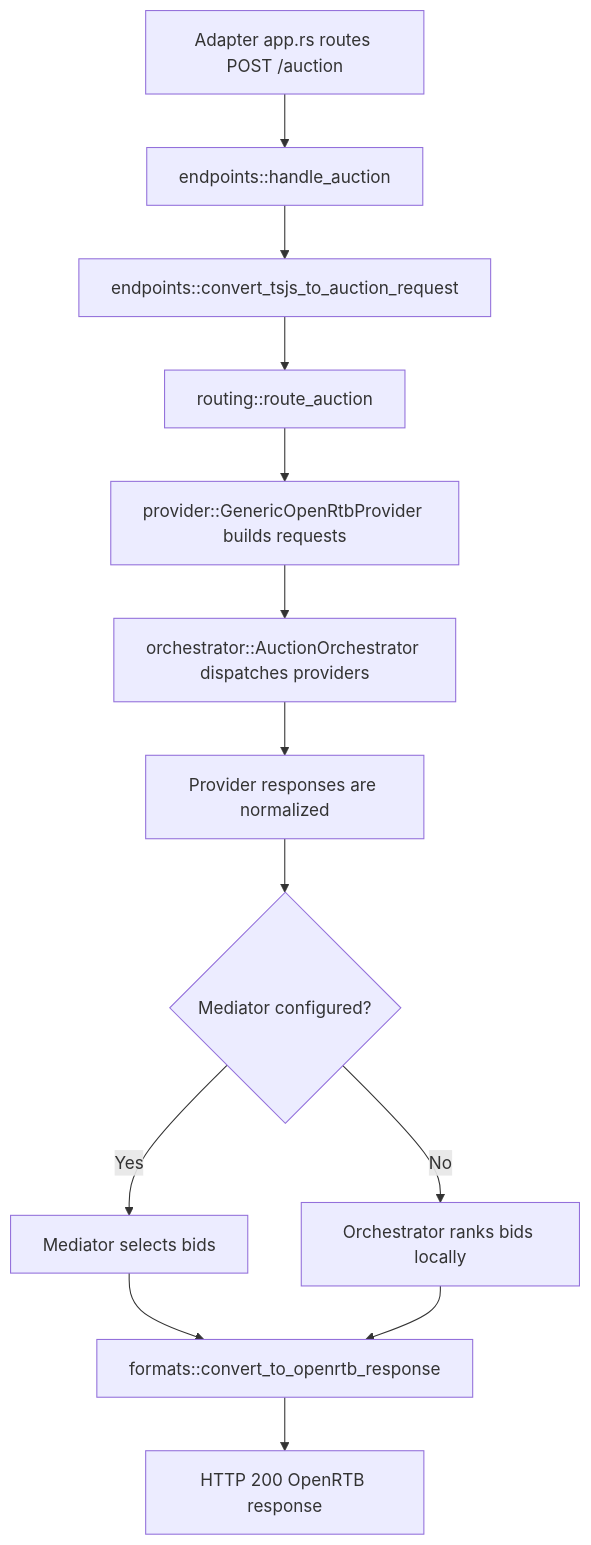
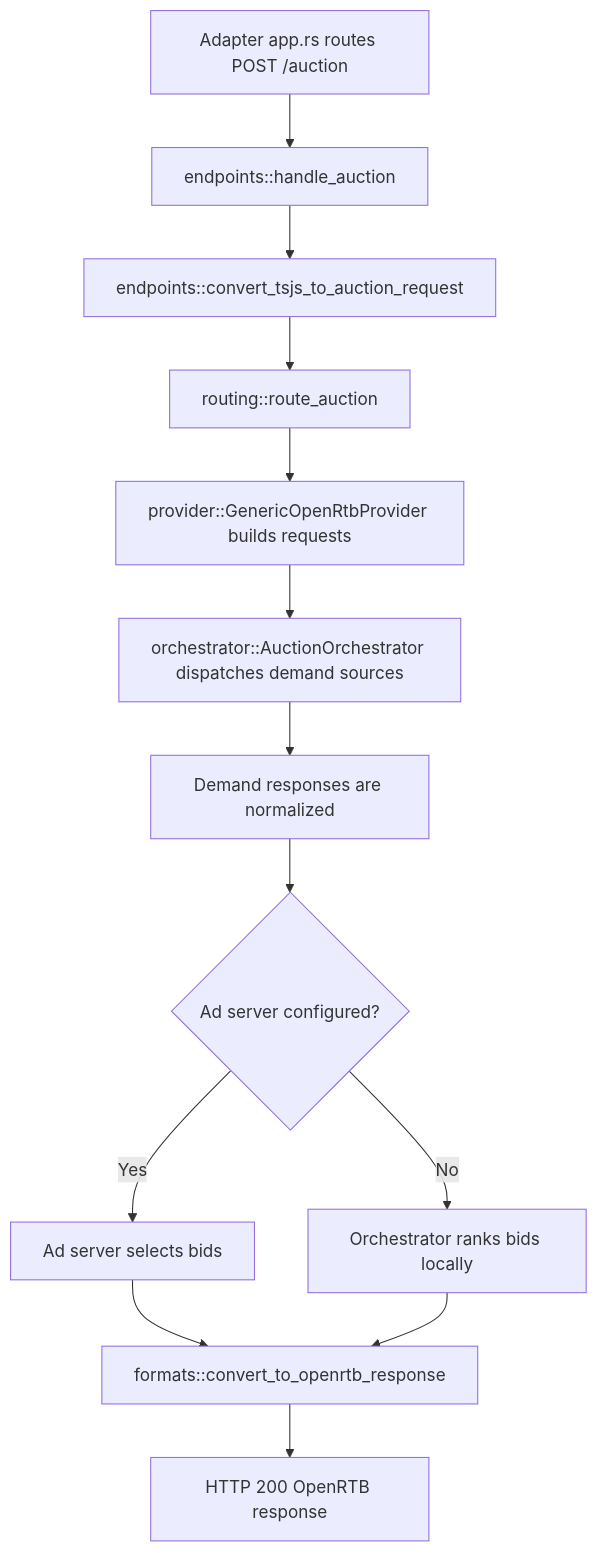
One commit to IABTechLab/trusted-server changed the diagram in crates/trusted-server-core/src/auction/README.md. Above: the diagram before and after it, drawn with Mermaid. The commit also changed other lines of this file and 35 other files, not shown here.

````diff
--- a/crates/trusted-server-core/src/auction/README.md
+++ b/crates/trusted-server-core/src/auction/README.md
@@ -13,15 +15,15 @@
 ```mermaid
 flowchart TB
     A[Adapter app.rs routes POST /auction] --> B[endpoints::handle_auction]
     B --> C[endpoints::convert_tsjs_to_auction_request]
     C --> D[routing::route_auction]
     D --> E[provider::GenericOpenRtbProvider builds requests]
-    E --> F[orchestrator::AuctionOrchestrator dispatches providers]
-    F --> G[Provider responses are normalized]
-    G --> H{Mediator configured?}
-    H -->|Yes| I[Mediator selects bids]
+    E --> F[orchestrator::AuctionOrchestrator dispatches demand sources]
+    F --> G[Demand responses are normalized]
+    G --> H{Ad server configured?}
+    H -->|Yes| I[Ad server selects bids]
     H -->|No| J[Orchestrator ranks bids locally]
     I --> K[formats::convert_to_openrtb_response]
     J --> K
     K --> L[HTTP 200 OpenRTB response]
 ```
````
